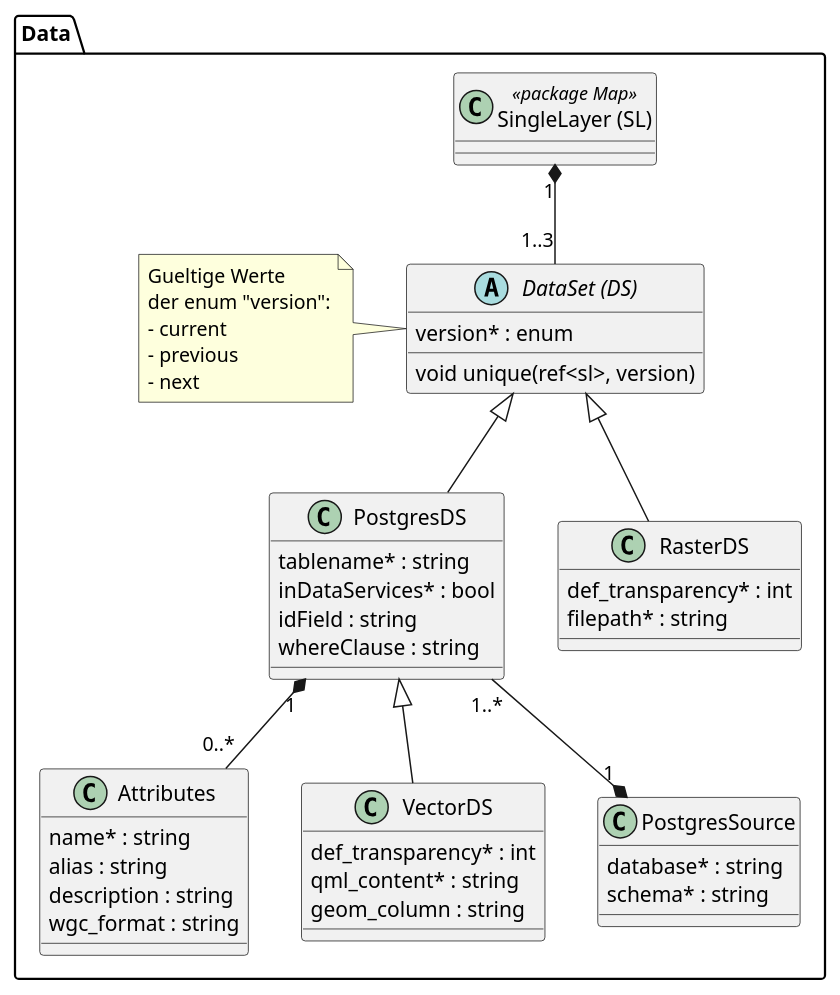
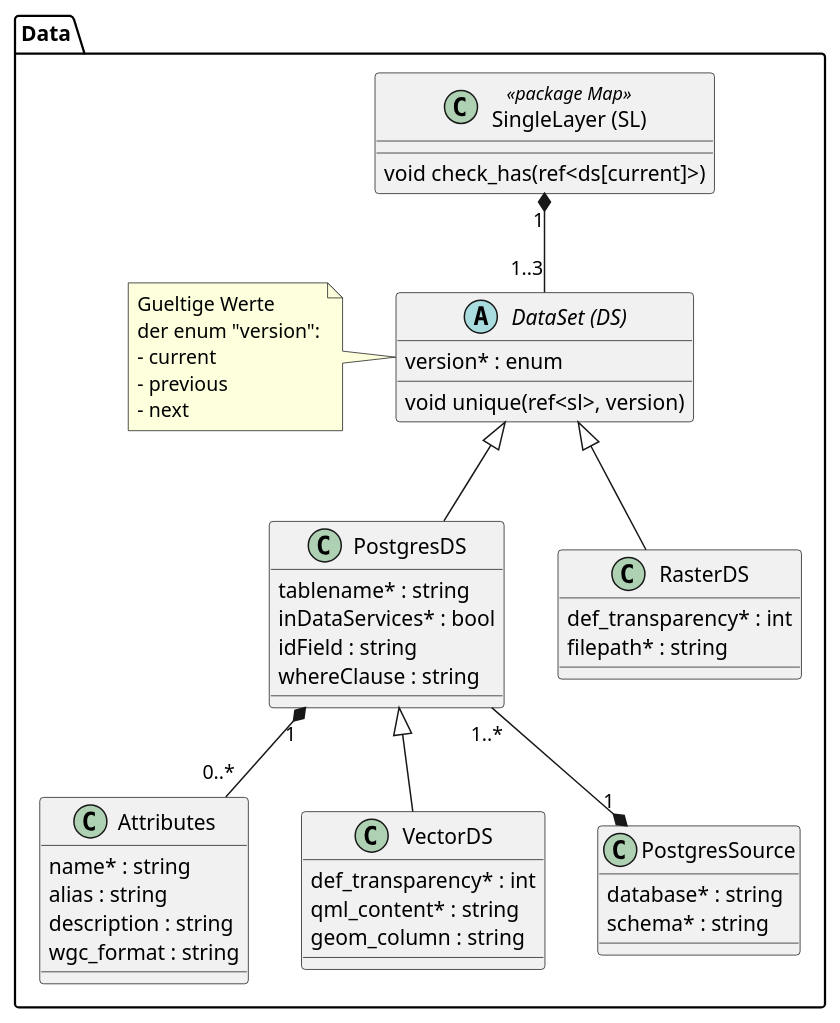
The diagram in puml/src/simi_data.puml (simi-so/mm), drawn with PlantUML before and after one commit. The commit also changed 2 other files, not shown here.

Commit message:
added check constraint to sl

```diff
--- a/puml/src/simi_data.puml
+++ b/puml/src/simi_data.puml
@@ -1,60 +1,62 @@
 @startuml
 
 package Data {
 
-  class "SingleLayer (SL)" as sl << package Map >>
+  class "SingleLayer (SL)" as sl << package Map >> {
+    void check_has(ref<ds[current]>)
+  }
 
   abstract class "DataSet (DS)" as ds {
     version* : enum
     void unique(ref<sl>, version)
   }
 
   note left
     Gueltige Werte
     der enum "version":
     - current
     - previous
     - next
   end note
   
   class "PostgresDS" as pds {
     tablename* : string
     inDataServices* : bool
     idField : string
     whereClause : string
   }
   
   class "Attributes" as attr {
     name* : string
     alias : string
     description : string
     wgc_format : string
   }
   
   class "VectorDS" as vds {
     def_transparency* : int
     qml_content* : string
     geom_column : string
   }
   
   class "RasterDS" as rds {
     def_transparency* : int
     filepath* : string
   }
   
   class "PostgresSource" as pgsrc {
     database* : string
     schema* : string
   }
   
   ds <|-- rds
   ds <|-- pds
   pds <|-- vds
 
   sl "1" *-- "1..3" ds
   
   pds "1..*" --* "1" pgsrc
   pds "1" *-- "0..*" attr
 }
 
 @enduml
```
